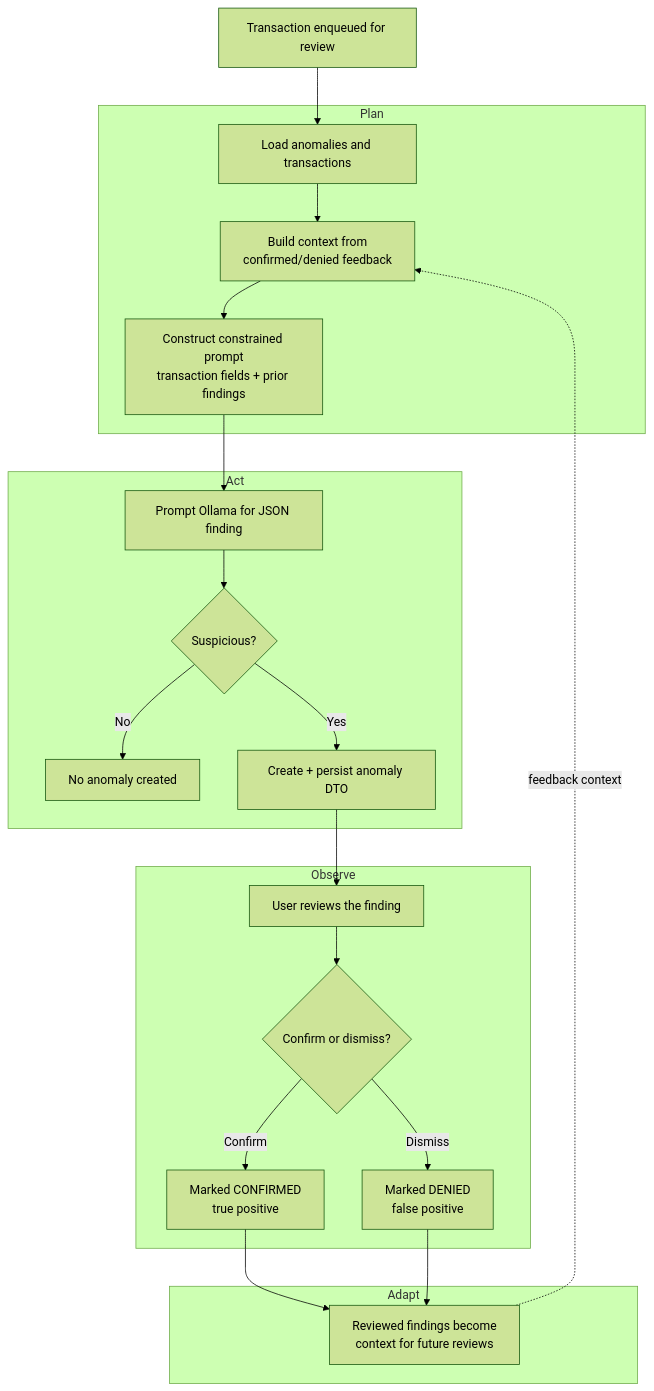
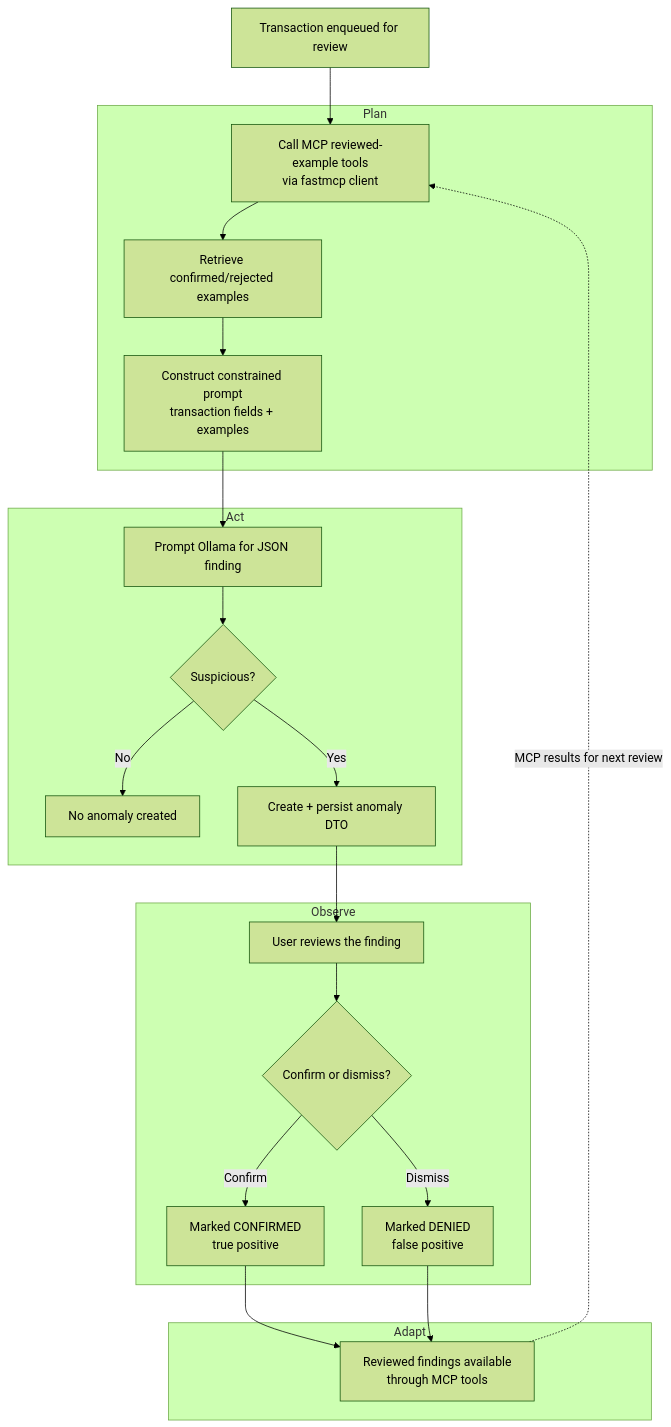
One commit to David-S-22/ASD-Spring-2026 changed the diagram in aiden/backend/README.md. Above: the diagram before and after it, drawn with Mermaid (forest theme). The commit also changed other lines of this file and 12 other files, not shown here.

First line of the commit message:
Add anomalies mcp (#141)

````diff
--- a/aiden/backend/README.md
+++ b/aiden/backend/README.md
@@ -71,30 +78,30 @@
 ```mermaid
 flowchart TD
     A[Transaction enqueued for review] --> B
 
     subgraph Plan
-        B[Load anomalies and transactions] --> C[Build context from<br/>confirmed/denied feedback]
-        C --> D[Construct constrained prompt<br/>transaction fields + prior findings]
+        B[Call MCP reviewed-example tools<br/>via fastmcp client] --> C[Retrieve confirmed/rejected examples]
+        C --> D[Construct constrained prompt<br/>transaction fields + examples]
     end
 
     subgraph Act
         D --> E[Prompt Ollama for JSON finding]
         E --> F{Suspicious?}
         F -- No --> G[No anomaly created]
         F -- Yes --> H[Create + persist anomaly DTO]
     end
 
     subgraph Observe
         H --> I[User reviews the finding]
         I --> J{Confirm or dismiss?}
         J -- Confirm --> K[Marked CONFIRMED<br/>true positive]
         J -- Dismiss --> L[Marked DENIED<br/>false positive]
     end
 
     subgraph Adapt
-        K --> M[Reviewed findings become<br/>context for future reviews]
+        K --> M[Reviewed findings available<br/>through MCP tools]
         L --> M
     end
 
-    M -. feedback context .-> C
+    M -. MCP results for next review .-> B
 ```
````
